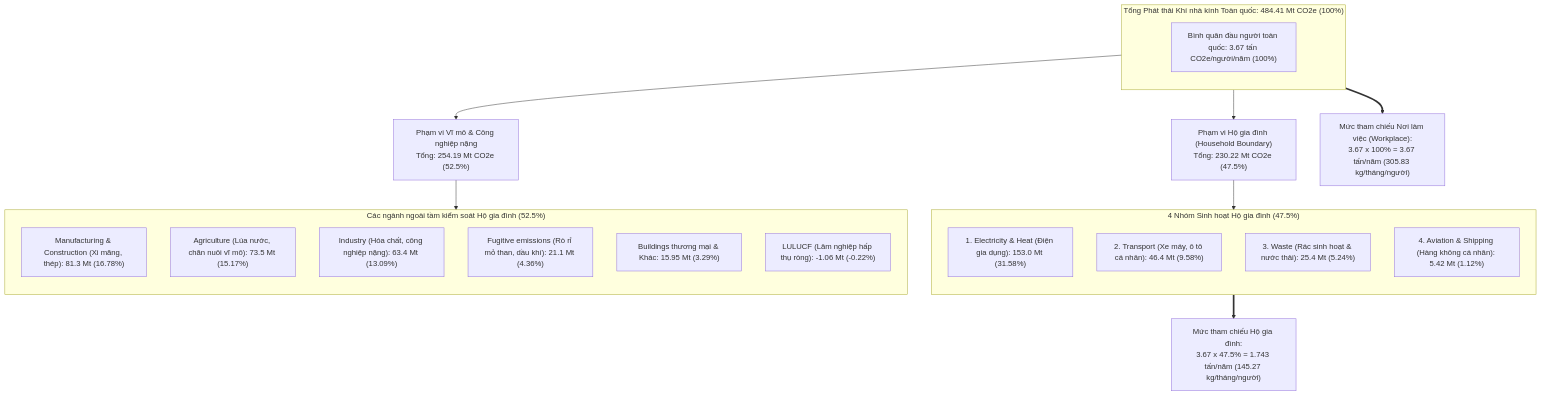
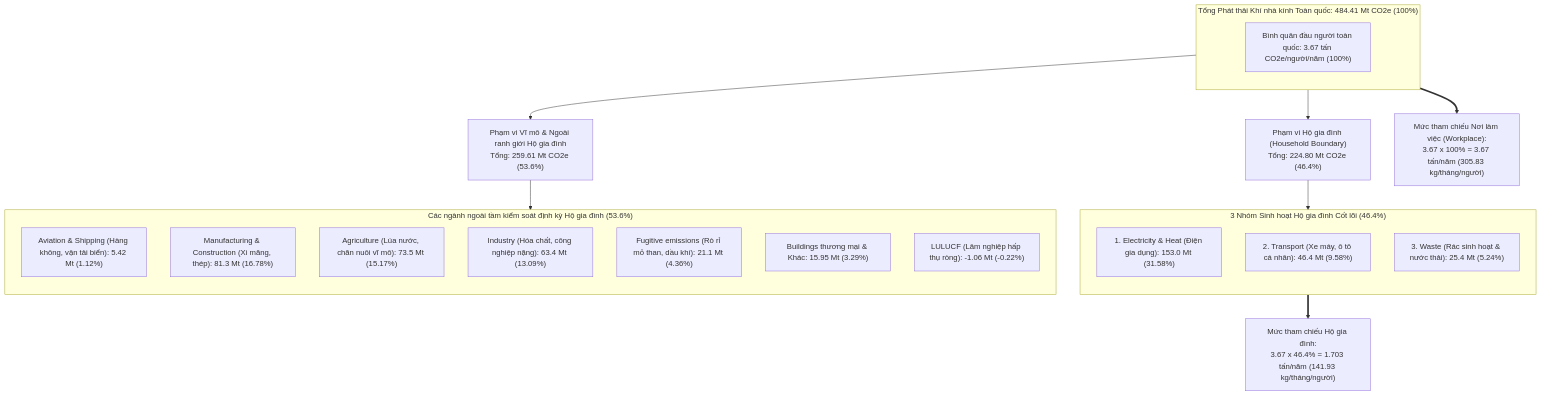
The first of 4 diagrams in docs/emission-reference-benchmark.md (DatTienNguyenn/PMDC-BATCH4-DATNT250), drawn with Mermaid before and after one commit. The commit also changed other lines of this file and 5 other files, not shown here.

Commit message:
docs: exclude aviation and shipping from household benchmark adjusting ratio to 46.4%

````diff
--- a/docs/emission-reference-benchmark.md
+++ b/docs/emission-reference-benchmark.md
@@ -85,34 +84,34 @@
 ```mermaid
 flowchart TD
     subgraph Total["Tổng Phát thải Khí nhà kính Toàn quốc: 484.41 Mt CO2e (100%)"]
         direction TB
         NAT["Bình quân đầu người toàn quốc: 3.67 tấn CO2e/người/năm (100%)"]
     end
 
-    Total --> HB["Phạm vi Hộ gia đình (Household Boundary)<br>Tổng: 230.22 Mt CO2e (47.5%)"]
-    Total --> MB["Phạm vi Vĩ mô & Công nghiệp nặng<br>Tổng: 254.19 Mt CO2e (52.5%)"]
+    Total --> HB["Phạm vi Hộ gia đình (Household Boundary)<br>Tổng: 224.80 Mt CO2e (46.4%)"]
+    Total --> MB["Phạm vi Vĩ mô & Ngoài ranh giới Hộ gia đình<br>Tổng: 259.61 Mt CO2e (53.6%)"]
 
-    subgraph HBGroup["4 Nhóm Sinh hoạt Hộ gia đình (47.5%)"]
+    subgraph HBGroup["3 Nhóm Sinh hoạt Hộ gia đình Cốt lõi (46.4%)"]
         direction TB
         H1["1. Electricity & Heat (Điện gia dụng): 153.0 Mt (31.58%)"]
         H2["2. Transport (Xe máy, ô tô cá nhân): 46.4 Mt (9.58%)"]
         H3["3. Waste (Rác sinh hoạt & nước thải): 25.4 Mt (5.24%)"]
-        H4["4. Aviation & Shipping (Hàng không cá nhân): 5.42 Mt (1.12%)"]
     end
 
-    subgraph MBGroup["Các ngành ngoài tầm kiểm soát Hộ gia đình (52.5%)"]
+    subgraph MBGroup["Các ngành ngoài tầm kiểm soát định kỳ Hộ gia đình (53.6%)"]
         direction TB
+        M0["Aviation & Shipping (Hàng không, vận tải biển): 5.42 Mt (1.12%)"]
         M1["Manufacturing & Construction (Xi măng, thép): 81.3 Mt (16.78%)"]
         M2["Agriculture (Lúa nước, chăn nuôi vĩ mô): 73.5 Mt (15.17%)"]
         M3["Industry (Hóa chất, công nghiệp nặng): 63.4 Mt (13.09%)"]
         M4["Fugitive emissions (Rò rỉ mỏ than, dầu khí): 21.1 Mt (4.36%)"]
         M5["Buildings thương mại & Khác: 15.95 Mt (3.29%)"]
         M6["LULUCF (Lâm nghiệp hấp thụ ròng): -1.06 Mt (-0.22%)"]
     end
 
     HB --> HBGroup
     MB --> MBGroup
 
-    HBGroup ==> BENCH_HH["Mức tham chiếu Hộ gia đình:<br>3.67 x 47.5% = 1.743 tấn/năm (145.27 kg/tháng/người)"]
+    HBGroup ==> BENCH_HH["Mức tham chiếu Hộ gia đình:<br>3.67 x 46.4% = 1.703 tấn/năm (141.93 kg/tháng/người)"]
     Total ==> BENCH_WP["Mức tham chiếu Nơi làm việc (Workplace):<br>3.67 x 100% = 3.67 tấn/năm (305.83 kg/tháng/người)"]
 ```
````
